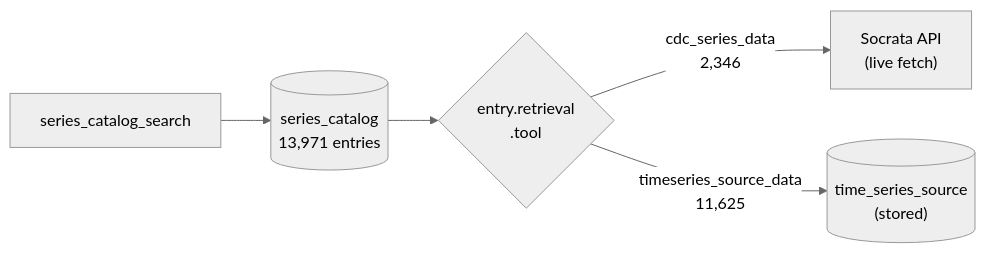
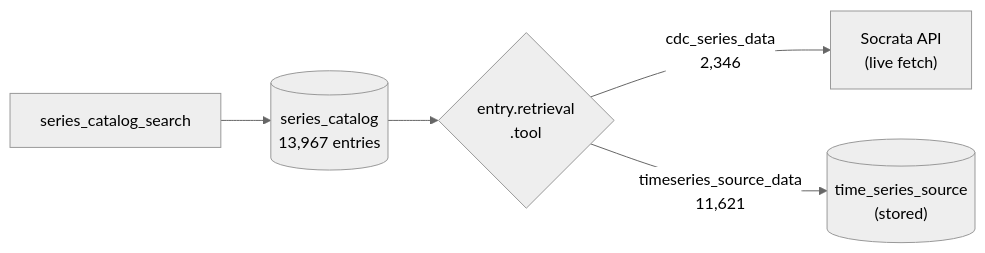
One commit to glyfish/sefer changed the diagram in meida/series-catalog.md. Above: the diagram before and after it, drawn with Mermaid (neutral theme). The commit also changed other lines of this file and 4 other files, not shown here.

````diff
--- a/meida/series-catalog.md
+++ b/meida/series-catalog.md
@@ -94,7 +95,7 @@
 ```mermaid
 graph LR
-    Q["series_catalog_search"] --> C[("series_catalog<br/>13,971 entries")]
+    Q["series_catalog_search"] --> C[("series_catalog<br/>13,967 entries")]
     C --> R{"entry.retrieval<br/>.tool"}
     R -->|"cdc_series_data<br/>2,346"| S["Socrata API<br/>(live fetch)"]
-    R -->|"timeseries_source_data<br/>11,625"| T[("time_series_source<br/>(stored)")]
+    R -->|"timeseries_source_data<br/>11,621"| T[("time_series_source<br/>(stored)")]
 ```
````
